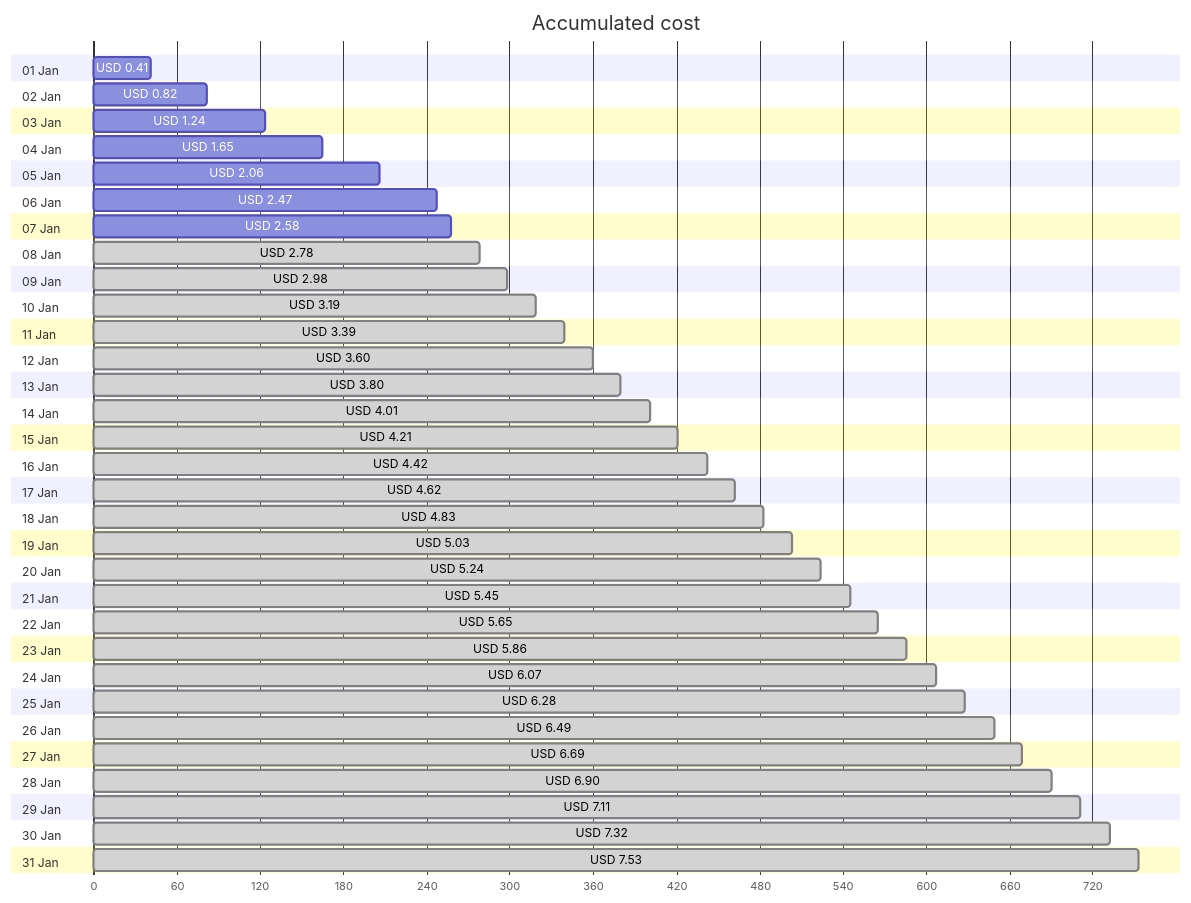
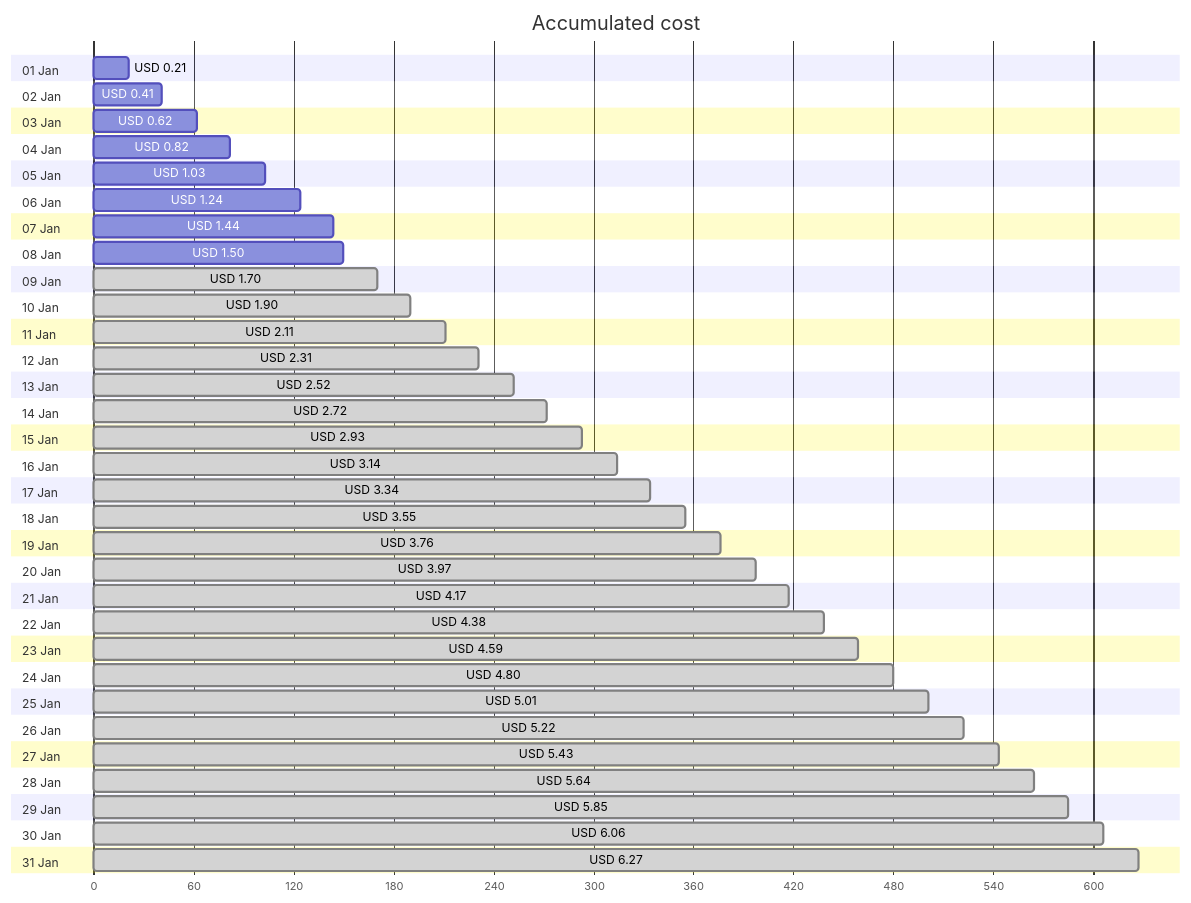
Before and after one commit to jpfulton/azure-personal-reports: the first of 4 diagrams in cost-reports/personal-network/backup-server.md, drawn with Mermaid. The commit also changed other lines of this file and 8 other files, not shown here.

````diff
--- a/cost-reports/personal-network/backup-server.md
+++ b/cost-reports/personal-network/backup-server.md
@@ -20,68 +20,68 @@
 ```mermaid
 gantt
    title Accumulated cost
    dateFormat  X
    axisFormat %s
    section 01 Jan
+   USD 0.21 :0, 21
+   section 02 Jan
    USD 0.41 :0, 41
-   section 02 Jan
+   section 03 Jan
+   USD 0.62 :0, 62
+   section 04 Jan
    USD 0.82 :0, 82
-   section 03 Jan
+   section 05 Jan
+   USD 1.03 :0, 103
+   section 06 Jan
    USD 1.24 :0, 124
-   section 04 Jan
-   USD 1.65 :0, 165
-   section 05 Jan
-   USD 2.06 :0, 206
-   section 06 Jan
-   USD 2.47 :0, 247
    section 07 Jan
-   USD 2.58 :0, 258
+   USD 1.44 :0, 144
    section 08 Jan
-   USD 2.78 : done, 0, 278
+   USD 1.50 :0, 150
    section 09 Jan
-   USD 2.98 : done, 0, 298
+   USD 1.70 : done, 0, 170
    section 10 Jan
-   USD 3.19 : done, 0, 319
+   USD 1.90 : done, 0, 190
    section 11 Jan
-   USD 3.39 : done, 0, 339
+   USD 2.11 : done, 0, 211
    section 12 Jan
-   USD 3.60 : done, 0, 360
+   USD 2.31 : done, 0, 231
    section 13 Jan
-   USD 3.80 : done, 0, 380
+   USD 2.52 : done, 0, 252
    section 14 Jan
-   USD 4.01 : done, 0, 401
+   USD 2.72 : done, 0, 272
    section 15 Jan
-   USD 4.21 : done, 0, 421
+   USD 2.93 : done, 0, 293
    section 16 Jan
-   USD 4.42 : done, 0, 442
+   USD 3.14 : done, 0, 314
    section 17 Jan
-   USD 4.62 : done, 0, 462
+   USD 3.34 : done, 0, 334
    section 18 Jan
-   USD 4.83 : done, 0, 483
+   USD 3.55 : done, 0, 355
    section 19 Jan
-   USD 5.03 : done, 0, 503
+   USD 3.76 : done, 0, 376
    section 20 Jan
-   USD 5.24 : done, 0, 524
+   USD 3.97 : done, 0, 397
    section 21 Jan
-   USD 5.45 : done, 0, 545
+   USD 4.17 : done, 0, 417
    section 22 Jan
-   USD 5.65 : done, 0, 565
+   USD 4.38 : done, 0, 438
    section 23 Jan
-   USD 5.86 : done, 0, 586
+   USD 4.59 : done, 0, 459
    section 24 Jan
-   USD 6.07 : done, 0, 607
+   USD 4.80 : done, 0, 480
    section 25 Jan
-   USD 6.28 : done, 0, 628
+   USD 5.01 : done, 0, 501
    section 26 Jan
-   USD 6.49 : done, 0, 649
+   USD 5.22 : done, 0, 522
    section 27 Jan
-   USD 6.69 : done, 0, 669
+   USD 5.43 : done, 0, 543
    section 28 Jan
-   USD 6.90 : done, 0, 690
+   USD 5.64 : done, 0, 564
    section 29 Jan
-   USD 7.11 : done, 0, 711
+   USD 5.85 : done, 0, 585
    section 30 Jan
-   USD 7.32 : done, 0, 732
+   USD 6.06 : done, 0, 606
    section 31 Jan
-   USD 7.53 : done, 0, 753
+   USD 6.27 : done, 0, 627
 ```
````
